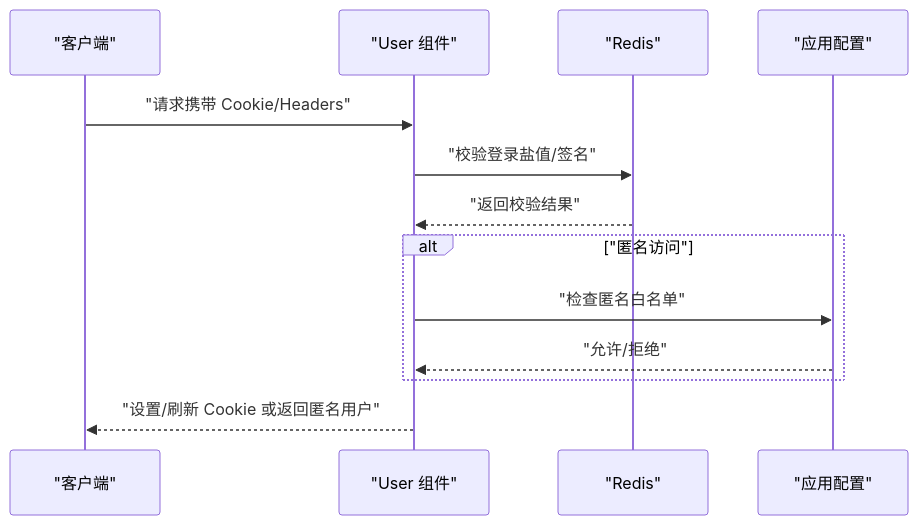
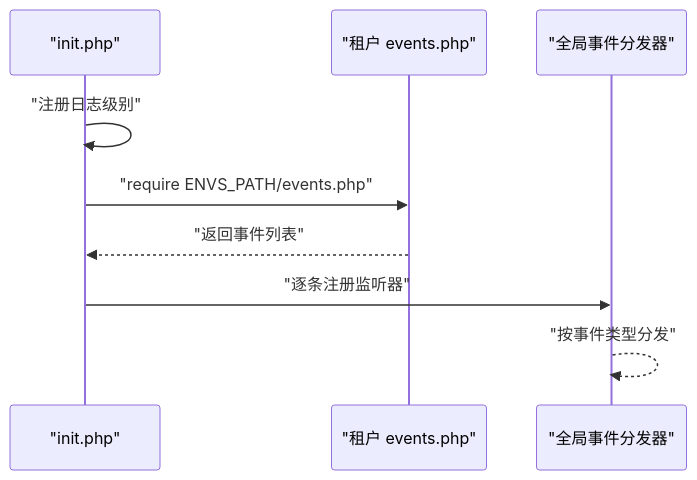
One commit to sxlianlinbin/process_rules changed the sixth of 7 diagrams in repowiki/zh/content/项目概述.md. Above: the diagram before and after it, drawn with Mermaid. The commit also changed other lines of this file and 207 other files, not shown here.

````diff
--- a/repowiki/zh/content/项目概述.md
+++ b/repowiki/zh/content/项目概述.md
@@ -261,15 +276,11 @@
 ```mermaid
 sequenceDiagram
-participant Client as "客户端"
-participant UserComp as "User 组件"
-participant Redis as "Redis"
-participant App as "应用配置"
-Client->>UserComp : "请求携带 Cookie/Headers"
-UserComp->>Redis : "校验登录盐值/签名"
-Redis-->>UserComp : "返回校验结果"
-alt "匿名访问"
-UserComp->>App : "检查匿名白名单"
-App-->>UserComp : "允许/拒绝"
-end
-UserComp-->>Client : "设置/刷新 Cookie 或返回匿名用户"
+participant Init as "init.php"
+participant Env as "租户 events.php"
+participant Disp as "全局事件分发器"
+Init->>Init : "注册日志级别"
+Init->>Env : "require ENVS_PATH/events.php"
+Env-->>Init : "返回事件列表"
+Init->>Disp : "逐条注册监听器"
+Disp-->>Disp : "按事件类型分发"
 ```
````
